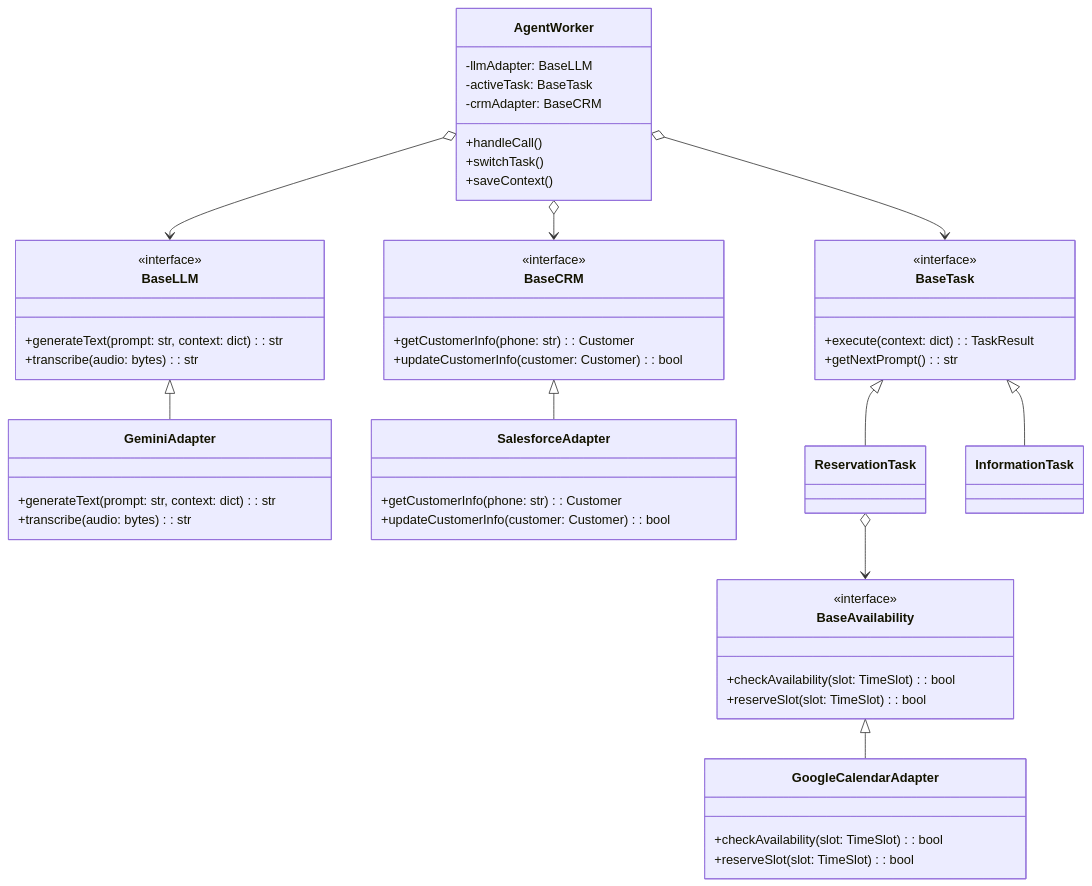
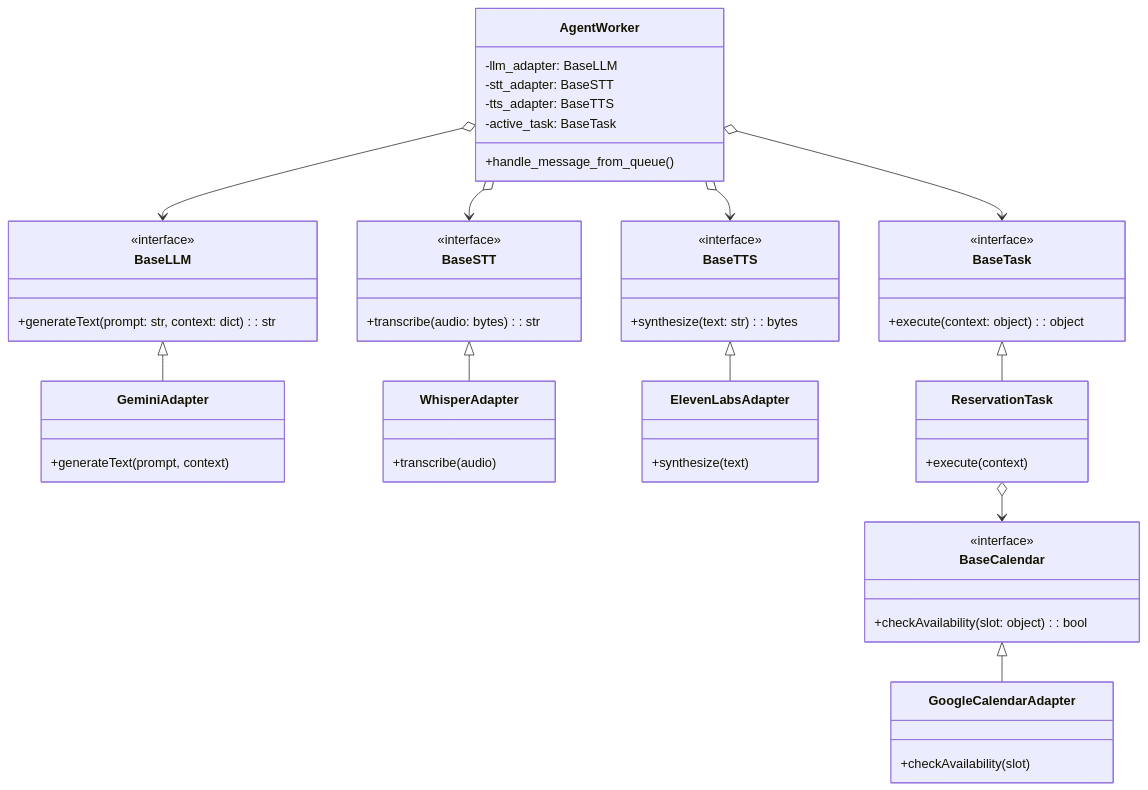
Before and after one commit to sentiric/sentiric-governance: the second of 3 diagrams in docs/blueprint/Architecture-Overview.md, drawn with Mermaid. The commit also changed other lines of this file and 10 other files, not shown here.

First line of the commit message:
feat(architecture): Zırhlandırılmış v2.0 mimarisini ve temel kararları tanımla

````diff
--- a/docs/blueprint/Architecture-Overview.md
+++ b/docs/blueprint/Architecture-Overview.md
@@ -48,65 +61,59 @@
 ```mermaid
 classDiagram
-    %% Arayüz Tanımları
     class BaseLLM {
         <<interface>>
         +generateText(prompt: str, context: dict): str
+    }
+    class BaseSTT {
+        <<interface>>
         +transcribe(audio: bytes): str
     }
-
+    class BaseTTS {
+        <<interface>>
+        +synthesize(text: str): bytes
+    }
     class BaseTask {
         <<interface>>
-        +execute(context: dict): TaskResult
-        +getNextPrompt(): str
+        +execute(context: object): object
+    }
+    class BaseCalendar {
+        <<interface>>
+        +checkAvailability(slot: object): bool
     }
 
-    class BaseAvailability {
-        <<interface>>
-        +checkAvailability(slot: TimeSlot): bool
-        +reserveSlot(slot: TimeSlot): bool
+    class GeminiAdapter {
+      +generateText(prompt, context)
+    }
+    class WhisperAdapter {
+      +transcribe(audio)
+    }
+    class ElevenLabsAdapter {
+      +synthesize(text)
+    }
+    class GoogleCalendarAdapter {
+      +checkAvailability(slot)
+    }
+    class ReservationTask {
+      +execute(context)
+    }
+    
+    class AgentWorker {
+        -llm_adapter: BaseLLM
+        -stt_adapter: BaseSTT
+        -tts_adapter: BaseTTS
+        -active_task: BaseTask
+        +handle_message_from_queue()
     }
 
-    class BaseCRM {
-        <<interface>>
-        +getCustomerInfo(phone: str): Customer
-        +updateCustomerInfo(customer: Customer): bool
-    }
-
-    %% Adaptör Implementasyonları
-    class GeminiAdapter {
-        +generateText(prompt: str, context: dict): str
-        +transcribe(audio: bytes): str
-    }
-
-    class GoogleCalendarAdapter {
-        +checkAvailability(slot: TimeSlot): bool
-        +reserveSlot(slot: TimeSlot): bool
-    }
-
-    class SalesforceAdapter {
-        +getCustomerInfo(phone: str): Customer
-        +updateCustomerInfo(customer: Customer): bool
-    }
-
-    %% Çekirdek Bileşenler
-    class AgentWorker {
-        -llmAdapter: BaseLLM
-        -activeTask: BaseTask
-        -crmAdapter: BaseCRM
-        +handleCall()
-        +switchTask()
-        +saveContext()
-    }
-
-    %% İlişkiler
     BaseLLM <|-- GeminiAdapter
+    BaseSTT <|-- WhisperAdapter
+    BaseTTS <|-- ElevenLabsAdapter
     BaseTask <|-- ReservationTask
-    BaseTask <|-- InformationTask
-    BaseAvailability <|-- GoogleCalendarAdapter
-    BaseCRM <|-- SalesforceAdapter
+    BaseCalendar <|-- GoogleCalendarAdapter
     
     AgentWorker o--> BaseLLM
+    AgentWorker o--> BaseSTT
+    AgentWorker o--> BaseTTS
     AgentWorker o--> BaseTask
-    AgentWorker o--> BaseCRM
-    ReservationTask o--> BaseAvailability
+    ReservationTask o--> BaseCalendar
 ```
````
